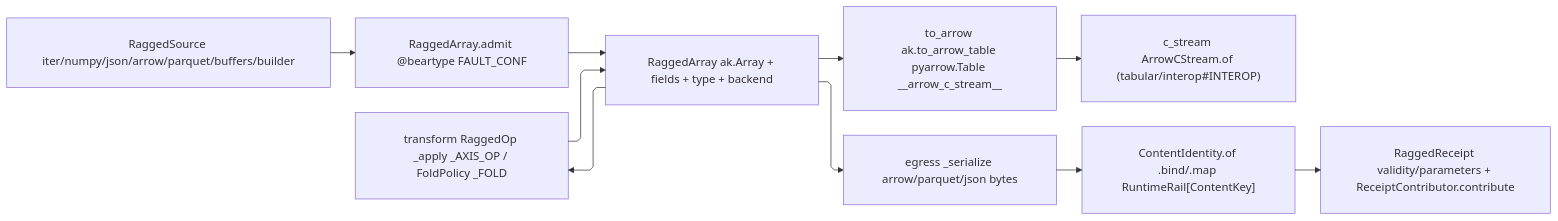
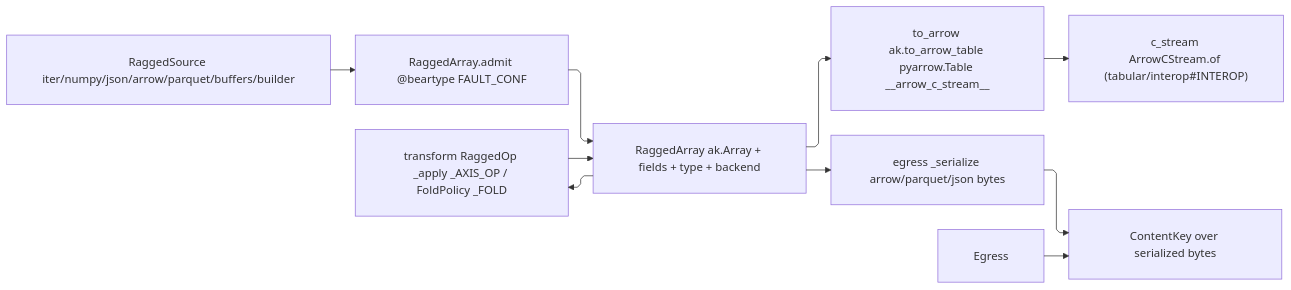
One commit to bsamiee/Rasm changed the diagram in libs/python/data/.planning/gridded/ragged.md. Above: the diagram before and after it, drawn with Mermaid. The commit also changed other lines of this file and 1417 other files, not shown here.

````diff
--- a/libs/python/data/.planning/gridded/ragged.md
+++ b/libs/python/data/.planning/gridded/ragged.md
@@ -462,21 +415,21 @@
 ```mermaid
 ---
 config:
   layout: elk
   flowchart:
     curve: linear
     padding: 25
 ---
 flowchart LR
     accTitle: Ragged array flow
-    accDescr: RaggedSource admission into the RaggedArray owner, transform dispatch over the op tables, Arrow carrier crossing, and content-keyed egress into the receipt.
+    accDescr: RaggedSource admission into the RaggedArray owner, transform dispatch over the op tables, Arrow carrier crossing, and content-keyed egress.
     Source["RaggedSource iter/numpy/json/arrow/parquet/buffers/builder"] --> Admit["RaggedArray.admit @beartype FAULT_CONF"]
     Admit --> Owner["RaggedArray ak.Array + fields + type + backend"]
     Owner --> Transform["transform RaggedOp _apply _AXIS_OP / FoldPolicy _FOLD"]
     Transform --> Owner
     Owner --> Arrow["to_arrow ak.to_arrow_table pyarrow.Table __arrow_c_stream__"]
     Arrow --> Stream["c_stream ArrowCStream.of (tabular/interop#INTEROP)"]
     Owner --> Serialize["egress _serialize arrow/parquet/json bytes"]
     Serialize --> Key["ContentIdentity.of .bind/.map RuntimeRail[ContentKey]"]
-    Key --> Receipt["RaggedReceipt validity/parameters + ReceiptContributor.contribute"]
+    Egress --> Key["ContentKey over serialized bytes"]
 ```
````
